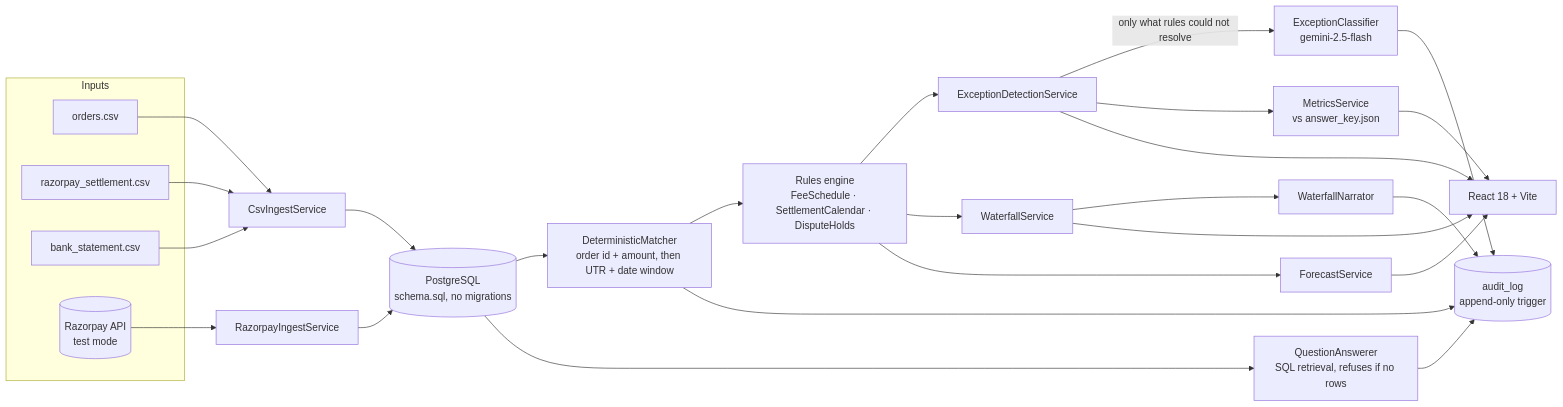
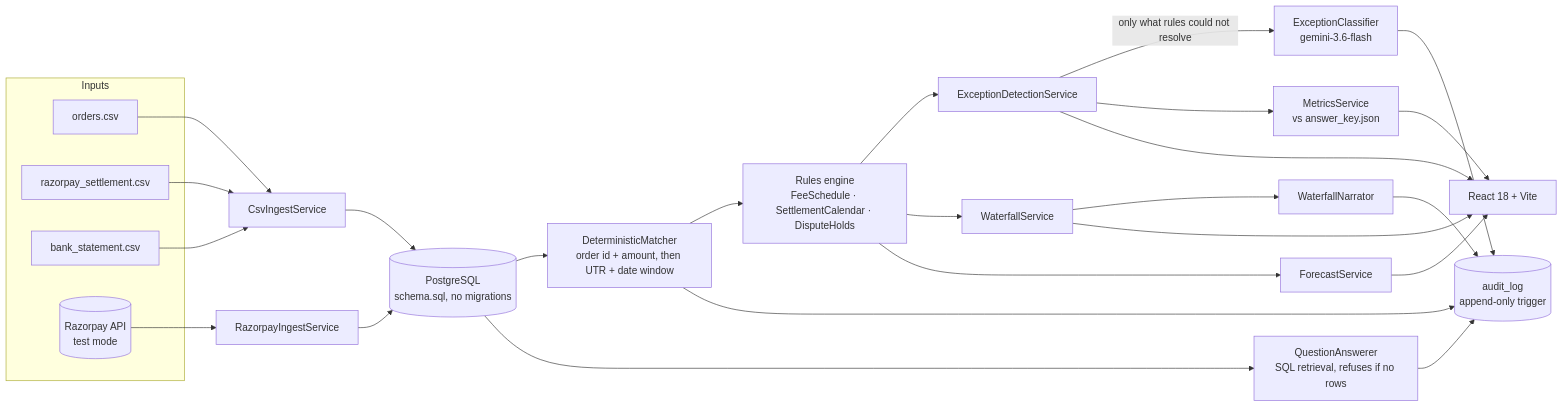
The diagram in README.md (RudraDudhat/Ledgerlens), drawn with Mermaid before and after one commit. The commit also changed other lines of this file and 4 other files, not shown here.

Commit message:
fix: update GEMINI_MODEL to gemini-3.6-flash across configuration files

````diff
--- a/README.md
+++ b/README.md
@@ -96,39 +96,39 @@
 ```mermaid
 flowchart LR
   subgraph inputs[Inputs]
     O[orders.csv]
     S[razorpay_settlement.csv]
     B[bank_statement.csv]
     RZP[(Razorpay API<br/>test mode)]
   end
 
   O --> ING[CsvIngestService]
   S --> ING
   B --> ING
   RZP --> RING[RazorpayIngestService]
 
   ING --> DB[(PostgreSQL<br/>schema.sql, no migrations)]
   RING --> DB
 
   DB --> MATCH[DeterministicMatcher<br/>order id + amount, then UTR + date window]
   MATCH --> RULES[Rules engine<br/>FeeSchedule · SettlementCalendar · DisputeHolds]
   RULES --> EXC[ExceptionDetectionService]
-  EXC -->|only what rules could not resolve| CLS[ExceptionClassifier<br/>gemini-2.5-flash]
+  EXC -->|only what rules could not resolve| CLS[ExceptionClassifier<br/>gemini-3.6-flash]
 
   RULES --> WF[WaterfallService]
   RULES --> FC[ForecastService]
   EXC --> MET[MetricsService<br/>vs answer_key.json]
 
   WF --> NAR[WaterfallNarrator]
   DB --> QA[QuestionAnswerer<br/>SQL retrieval, refuses if no rows]
 
   CLS --> AUD[(audit_log<br/>append-only trigger)]
   NAR --> AUD
   QA --> AUD
   MATCH --> AUD
 
   WF --> UI[React 18 + Vite]
   FC --> UI
   MET --> UI
   EXC --> UI
 ```
````
